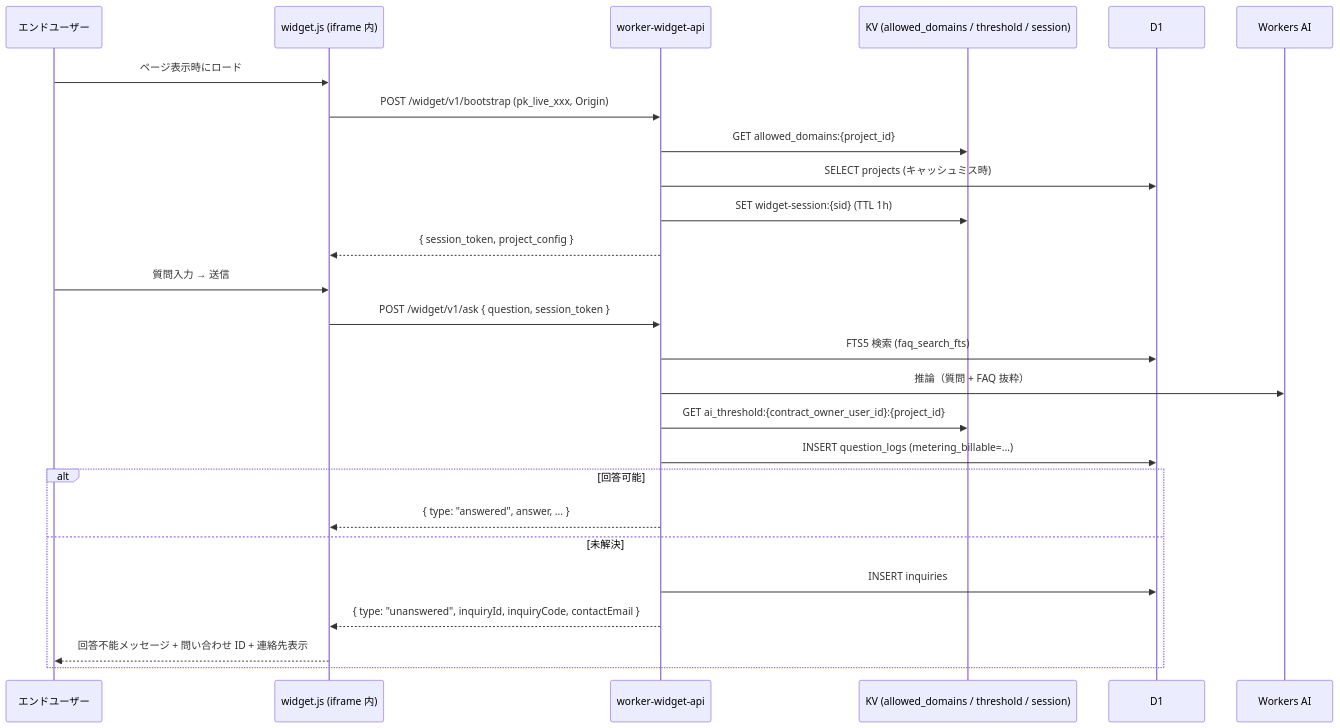
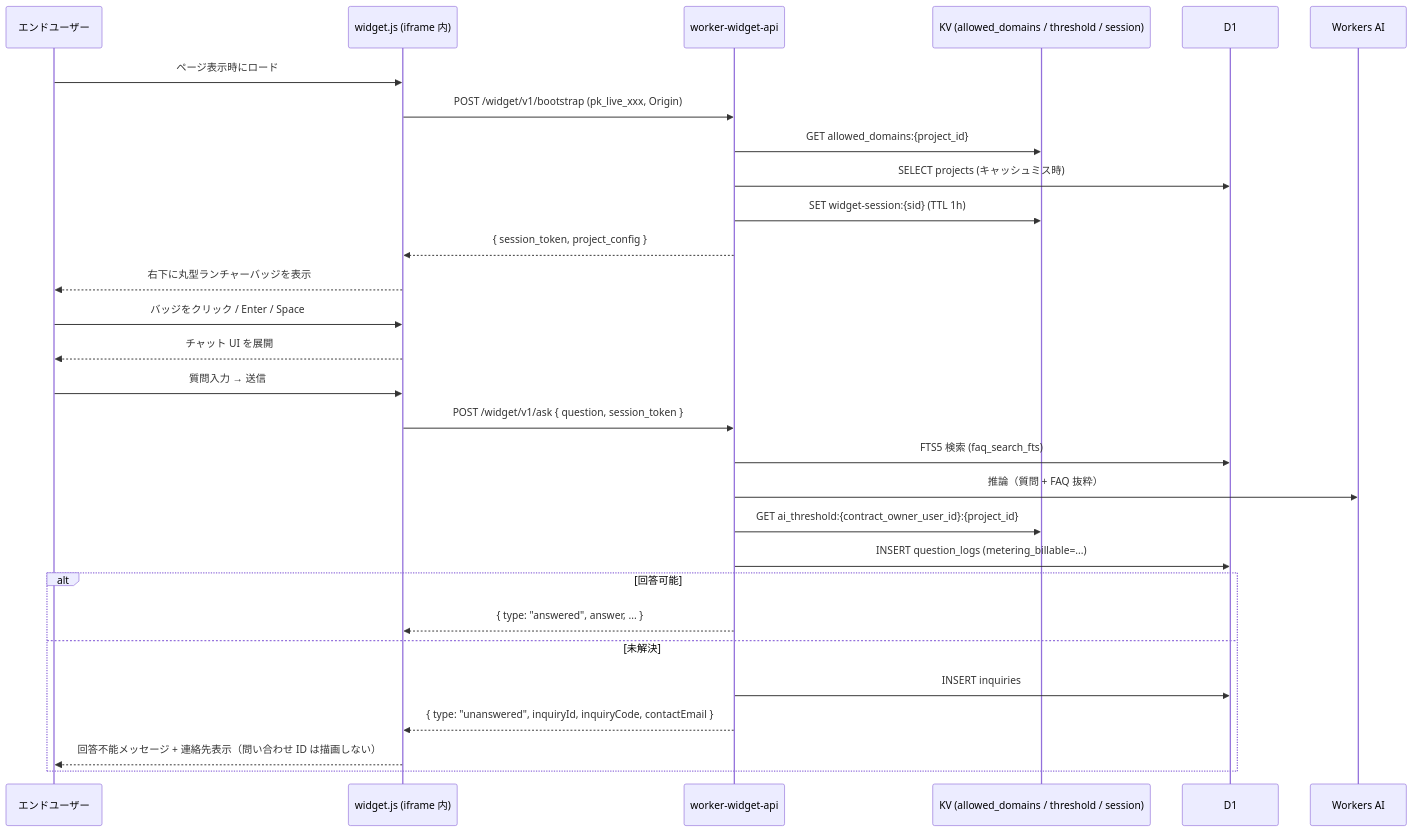
Before and after one commit to sikakou54/open-faq: the diagram in 01_メインシステム/03_詳細設計/DD12_ウィジェット配信.md, drawn with Mermaid. The commit also changed other lines of this file and 21 other files, not shown here.

````diff
--- a/01_メインシステム/03_詳細設計/DD12_ウィジェット配信.md
+++ b/01_メインシステム/03_詳細設計/DD12_ウィジェット配信.md
@@ -41,29 +42,32 @@
 ```mermaid
 sequenceDiagram
   participant E as エンドユーザー
   participant W as widget.js (iframe 内)
   participant API as worker-widget-api
   participant K as KV (allowed_domains / threshold / session)
   participant D as D1
   participant AI as Workers AI
 
   E->>W: ページ表示時にロード
   W->>API: POST /widget/v1/bootstrap (pk_live_xxx, Origin)
   API->>K: GET allowed_domains:{project_id}
   API->>D: SELECT projects (キャッシュミス時)
   API->>K: SET widget-session:{sid} (TTL 1h)
   API-->>W: { session_token, project_config }
+  W-->>E: 右下に丸型ランチャーバッジを表示
+  E->>W: バッジをクリック / Enter / Space
+  W-->>E: チャット UI を展開
   E->>W: 質問入力 → 送信
   W->>API: POST /widget/v1/ask { question, session_token }
   API->>D: FTS5 検索 (faq_search_fts)
   API->>AI: 推論（質問 + FAQ 抜粋）
   API->>K: GET ai_threshold:{contract_owner_user_id}:{project_id}
   API->>D: INSERT question_logs (metering_billable=...)
   alt 回答可能
     API-->>W: { type: "answered", answer, ... }
   else 未解決
     API->>D: INSERT inquiries
     API-->>W: { type: "unanswered", inquiryId, inquiryCode, contactEmail }
-    W-->>E: 回答不能メッセージ + 問い合わせ ID + 連絡先表示
+    W-->>E: 回答不能メッセージ + 連絡先表示（問い合わせ ID は描画しない）
   end
 ```
````
